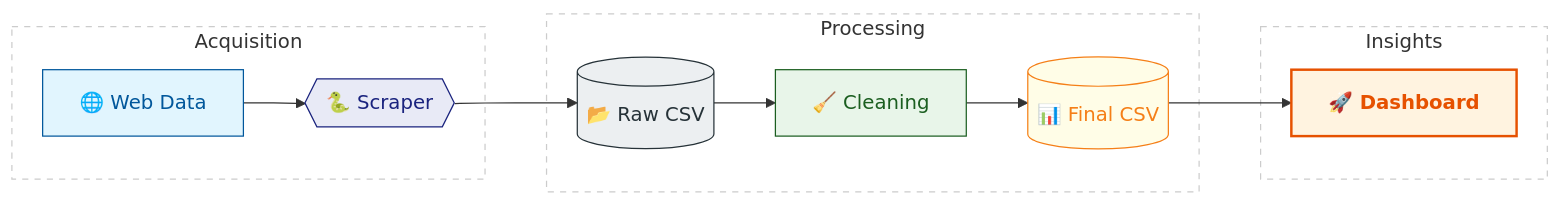
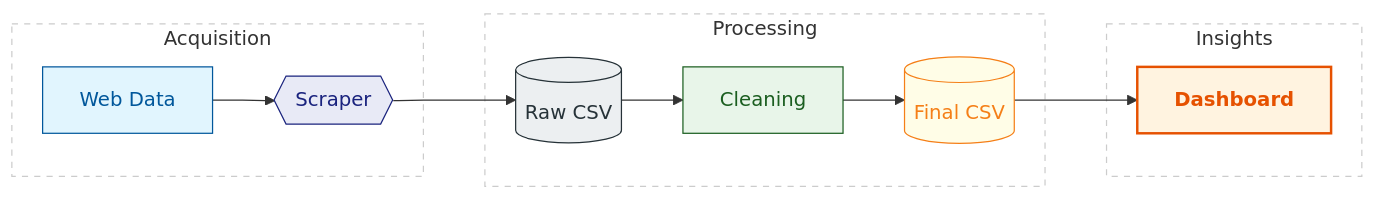
The first of 2 diagrams in README.md (hindhusharajaram/Unified-Military-Analytics-and-Comparison-Dashboard), drawn with Mermaid before and after one commit. The commit also changed other lines of this file, not shown here.

````diff
--- a/README.md
+++ b/README.md
@@ -52,30 +44,30 @@
 ```mermaid
 graph LR
     %% Layout Configuration
     %% This makes nodes closer together
     
     subgraph Acquisition [Acquisition]
-    A["🌐 Web Data"] --> B{{"🐍 Scraper"}}
+    A["Web Data"] --> B{{"Scraper"}}
     end
 
     subgraph Processing [Processing]
-    B --> C[("📂 Raw CSV")]
-    C --> D["🧹 Cleaning"]
-    D --> E[("📊 Final CSV")]
+    B --> C[("Raw CSV")]
+    C --> D["Cleaning"]
+    D --> E[("Final CSV")]
     end
 
     subgraph Insights [Insights]
-    E --> F["🚀 Dashboard"]
+    E --> F["Dashboard"]
     end
 
     %% Visual Styling
     style A fill:#E1F5FE,stroke:#01579B,stroke-width:1px,color:#01579B
     style B fill:#E8EAF6,stroke:#1A237E,stroke-width:1px,color:#1A237E
     style C fill:#ECEFF1,stroke:#263238,stroke-width:1px,color:#263238
     style D fill:#E8F5E9,stroke:#1B5E20,stroke-width:1px,color:#1B5E20
     style E fill:#FFFDE7,stroke:#F57F17,stroke-width:1px,color:#F57F17
     style F fill:#FFF3E0,stroke:#E65100,stroke-width:2px,font-weight:bold,color:#E65100
 
     %% Container Styling
     classDef cluster stroke:#ccc,stroke-dasharray: 5 5,fill:transparent;
 ```
````
